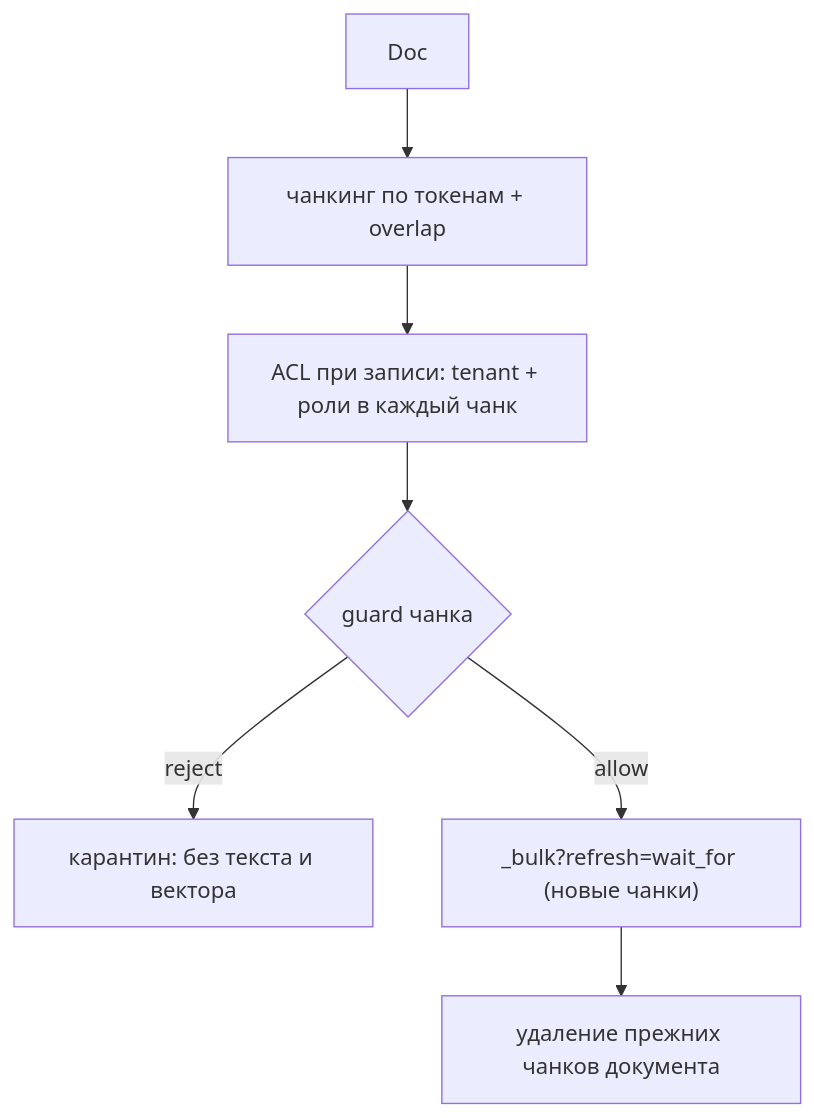
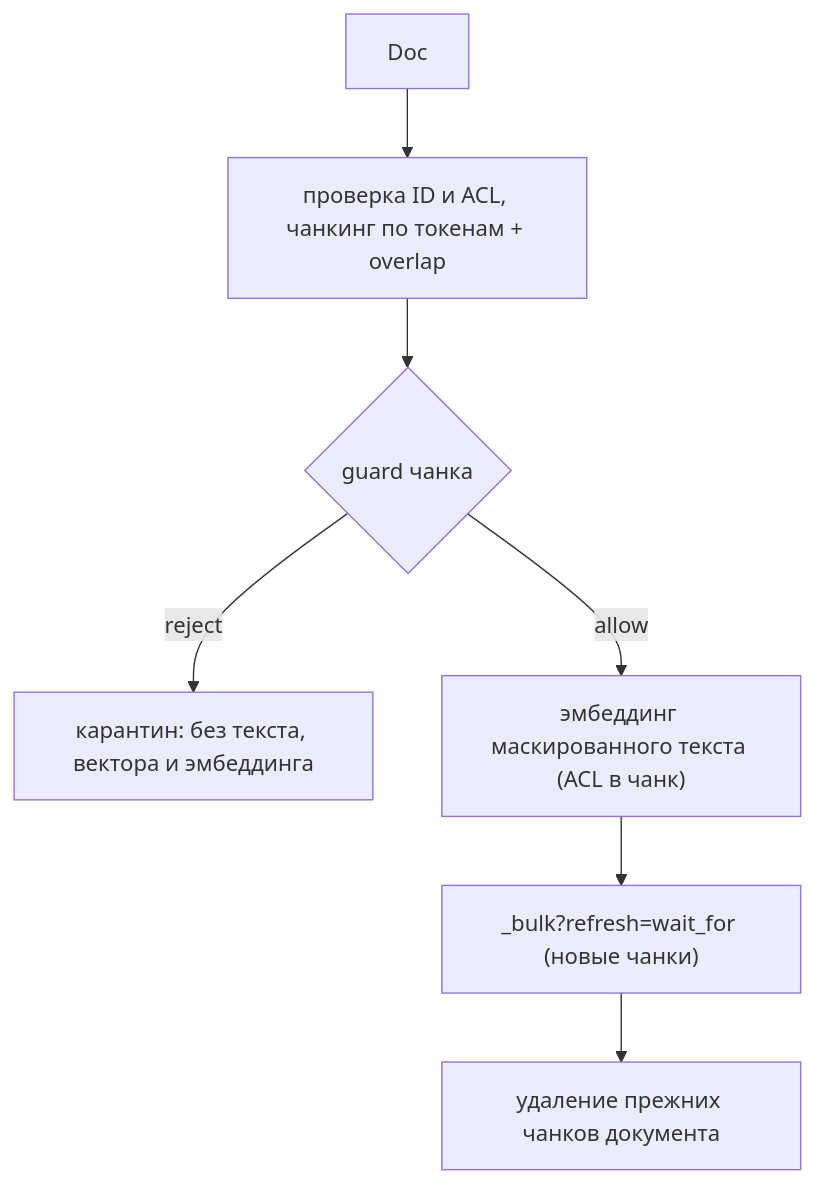
Before and after one commit to KirillYuzh/Gobellim: the first of 2 diagrams in docs/concepts/retrieval.md, drawn with Mermaid. The commit also changed other lines of this file and 41 other files, not shown here.

````diff
--- a/docs/concepts/retrieval.md
+++ b/docs/concepts/retrieval.md
@@ -43,9 +43,9 @@
 ```mermaid
 flowchart TD
-    D["Doc"] --> CH["чанкинг по токенам + overlap"]
-    CH --> ACL["ACL при записи: tenant + роли в каждый чанк"]
-    ACL --> G{"guard чанка"}
-    G -->|"reject"| Q["карантин: без текста и вектора"]
-    G -->|"allow"| BULK["_bulk?refresh=wait_for (новые чанки)"]
+    D["Doc"] --> CH["проверка ID и ACL, чанкинг по токенам + overlap"]
+    CH --> G{"guard чанка"}
+    G -->|"reject"| Q["карантин: без текста, вектора и эмбеддинга"]
+    G -->|"allow"| EMB["эмбеддинг маскированного текста (ACL в чанк)"]
+    EMB --> BULK["_bulk?refresh=wait_for (новые чанки)"]
     BULK --> DEL["удаление прежних чанков документа"]
 ```
````
